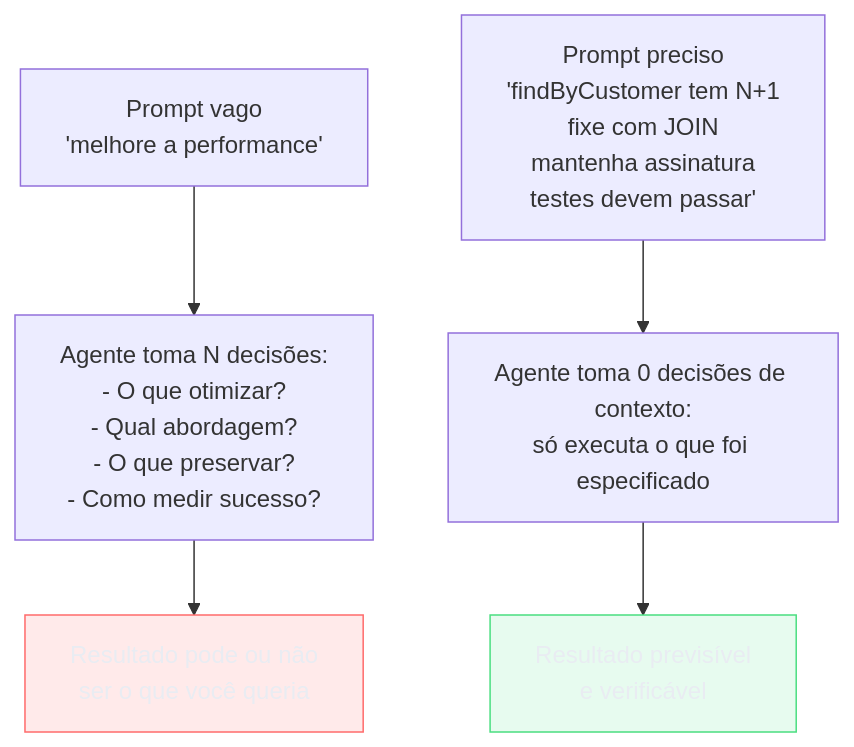
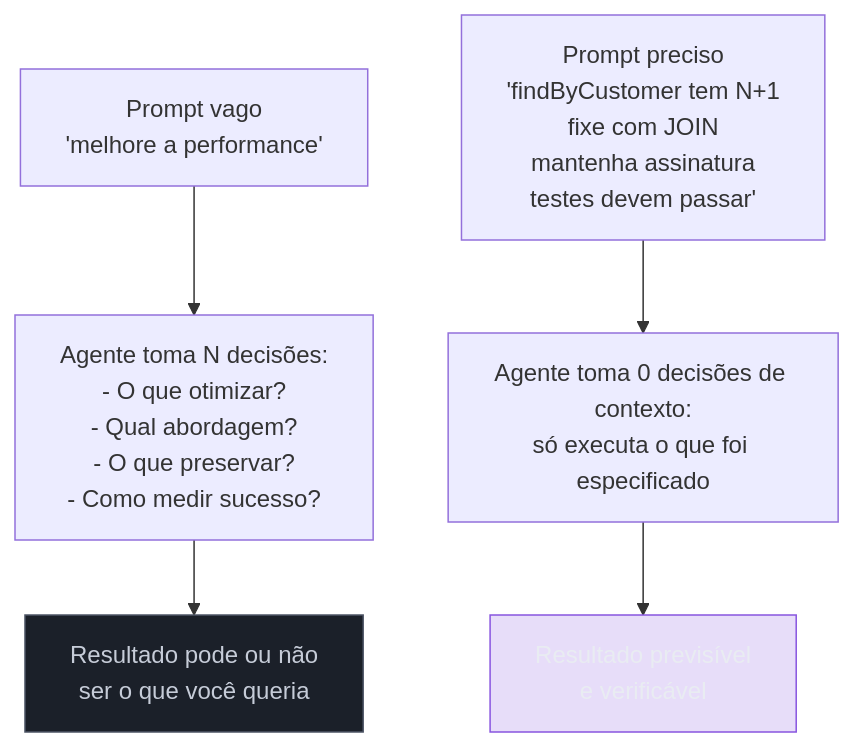
Before and after one commit to josenaldo/codex-technomanticus: the diagram in 03-Dominios/Tecnologia/IA/Claude Code/Workflows/09 - Prompting para Claude Code.md, drawn with Mermaid. The commit also changed 601 other files, not shown here.

````diff
--- a/03-Dominios/Tecnologia/IA/Claude Code/Workflows/09 - Prompting para Claude Code.md
+++ b/03-Dominios/Tecnologia/IA/Claude Code/Workflows/09 - Prompting para Claude Code.md
@@ -31,19 +31,19 @@
 ```mermaid
 flowchart TD
-    classDef falha fill:#FF6B6B24,stroke:#FF6B6B,color:#E9ECF2
-    classDef ok fill:#4ADE8021,stroke:#4ADE80,color:#E9ECF2
+    classDef marca fill:#8855DF33,stroke:#8855DF,color:#E9ECF2
+    classDef neutro fill:#1B2029,stroke:#4E5666,color:#C6CCD8
     vago["Prompt vago\n'melhore a performance'"]
     preciso["Prompt preciso\n'findByCustomer tem N+1\nfixe com JOIN\nmantenha assinatura\ntestes devem passar'"]
 
     dec_vago["Agente toma N decisões:\n- O que otimizar?\n- Qual abordagem?\n- O que preservar?\n- Como medir sucesso?"]
     dec_preciso["Agente toma 0 decisões de contexto:\nsó executa o que foi especificado"]
 
     result_vago["Resultado pode ou não\nser o que você queria"]
     result_preciso["Resultado previsível\ne verificável"]
 
     vago --> dec_vago --> result_vago
     preciso --> dec_preciso --> result_preciso
 
-    class result_vago falha
-    class result_preciso ok
+    class result_vago neutro
+    class result_preciso marca
 ```
````
